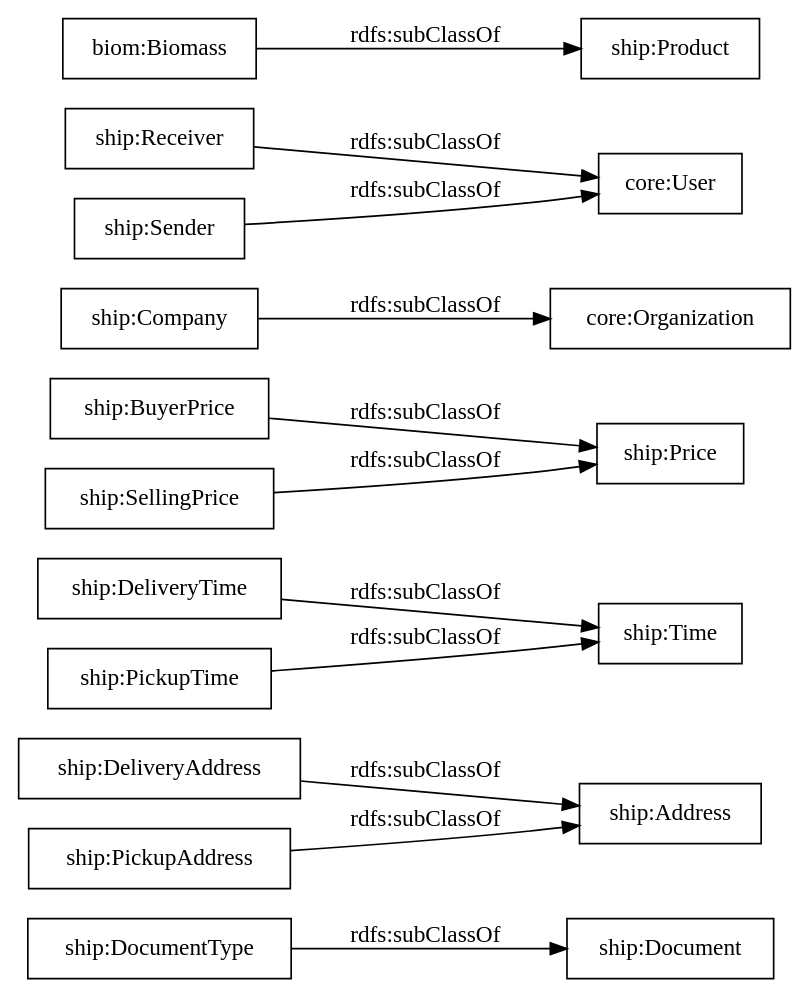
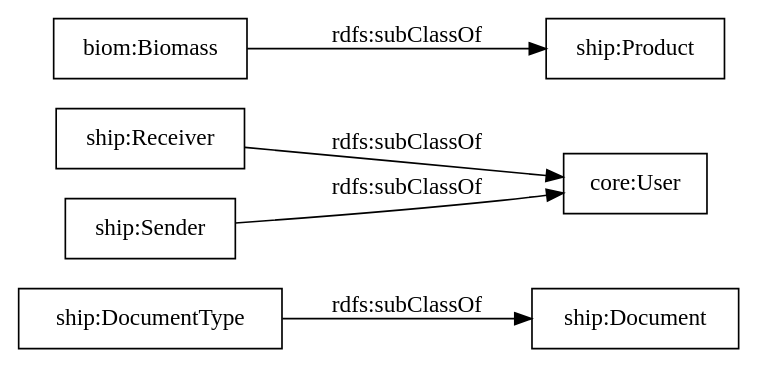
Before and after one commit to oeg-upm/auroral-shipmentBiomass-ontology: the diagram in OnToology/ontology/shipment.ttl/diagrams/ar2dtool-taxonomy/shipment.ttl.png.dot, drawn with Graphviz. The commit also changed 45 other files, not shown here.

```diff
--- a/OnToology/ontology/shipment.ttl/diagrams/ar2dtool-taxonomy/shipment.ttl.png.dot
+++ b/OnToology/ontology/shipment.ttl/diagrams/ar2dtool-taxonomy/shipment.ttl.png.dot
@@ -1,17 +1,10 @@
 digraph ar2dtool_diagram { 
 rankdir=LR;
 size="1000"
-node [shape = rectangle, color="black"]; "ship:DocumentType" "ship:Address" "ship:DeliveryTime" "ship:Price" "core:Organization" "core:User" "ship:Time" "ship:BuyerPrice" "ship:SellingPrice" "ship:DeliveryAddress" "ship:Product" "ship:Document" "ship:PickupTime" "ship:Receiver" "ship:Company" "ship:Sender" "biom:Biomass" "ship:PickupAddress" ; /*classes style*/
+node [shape = rectangle, color="black"]; "ship:DocumentType" "core:User" "ship:Product" "ship:Document" "ship:Receiver" "ship:Sender" "biom:Biomass" ; /*classes style*/
+	"ship:Sender" -> "core:User" [ label = "rdfs:subClassOf" ];
+	"ship:DocumentType" -> "ship:Document" [ label = "rdfs:subClassOf" ];
 	"biom:Biomass" -> "ship:Product" [ label = "rdfs:subClassOf" ];
-	"ship:DocumentType" -> "ship:Document" [ label = "rdfs:subClassOf" ];
-	"ship:BuyerPrice" -> "ship:Price" [ label = "rdfs:subClassOf" ];
-	"ship:PickupTime" -> "ship:Time" [ label = "rdfs:subClassOf" ];
 	"ship:Receiver" -> "core:User" [ label = "rdfs:subClassOf" ];
-	"ship:DeliveryAddress" -> "ship:Address" [ label = "rdfs:subClassOf" ];
-	"ship:Company" -> "core:Organization" [ label = "rdfs:subClassOf" ];
-	"ship:SellingPrice" -> "ship:Price" [ label = "rdfs:subClassOf" ];
-	"ship:DeliveryTime" -> "ship:Time" [ label = "rdfs:subClassOf" ];
-	"ship:PickupAddress" -> "ship:Address" [ label = "rdfs:subClassOf" ];
-	"ship:Sender" -> "core:User" [ label = "rdfs:subClassOf" ];
 
 }
```
